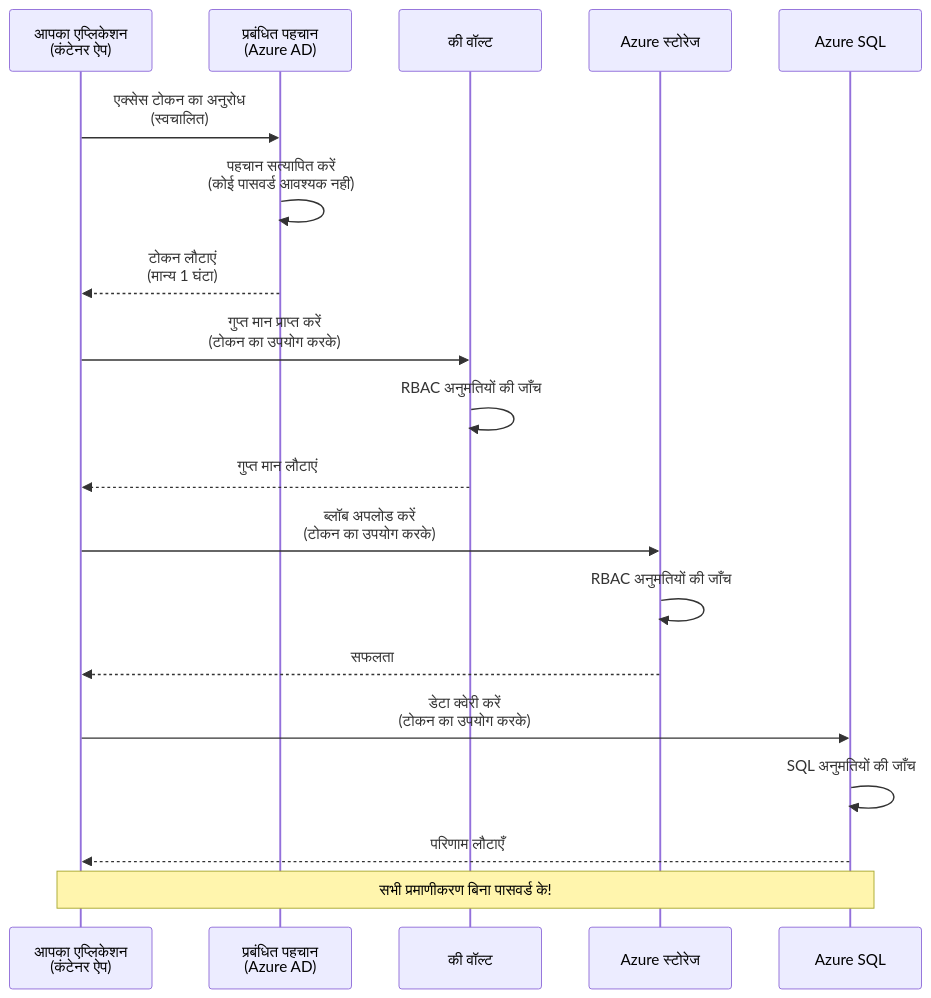
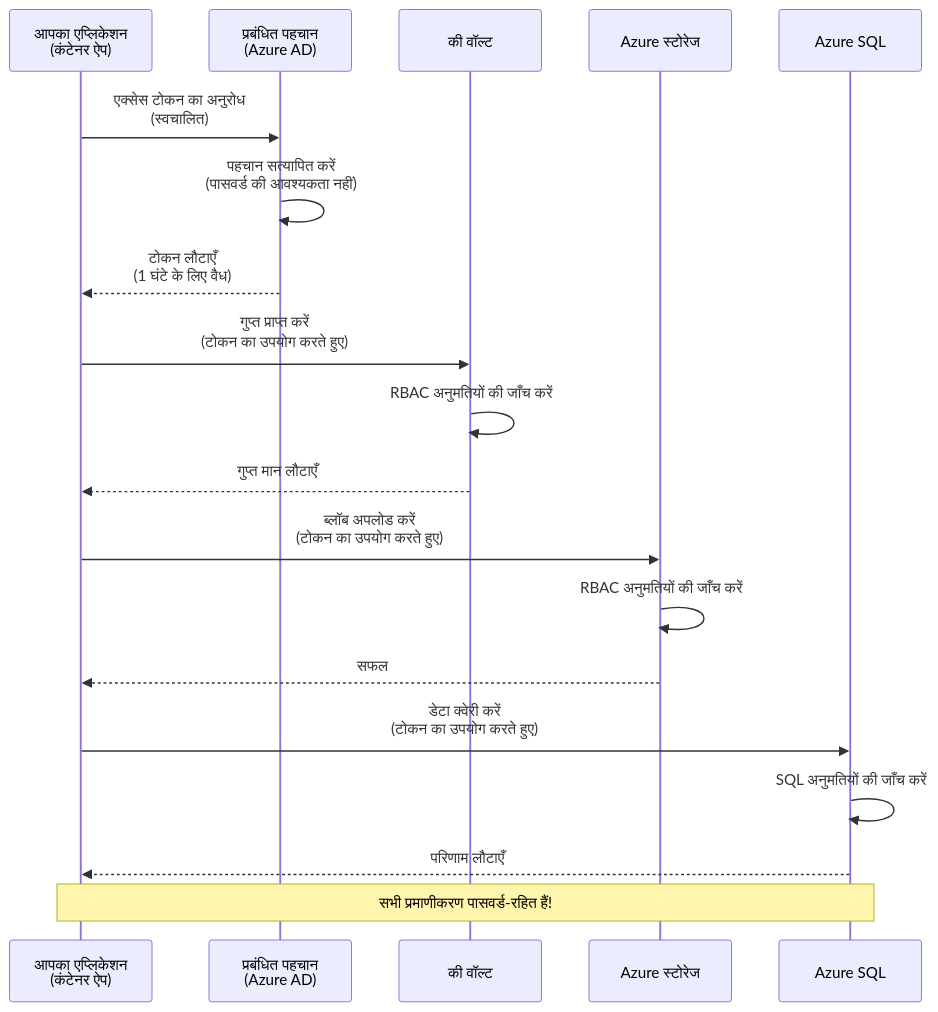
The first of 2 diagrams in translations/hi/docs/chapter-03-configuration/authsecurity.md (microsoft/AZD-for-beginners), drawn with Mermaid before and after one commit. The commit also changed other lines of this file and 101 other files, not shown here.

````diff
--- a/translations/hi/docs/chapter-03-configuration/authsecurity.md
+++ b/translations/hi/docs/chapter-03-configuration/authsecurity.md
@@ -69,26 +69,26 @@
 ```mermaid
 sequenceDiagram
     participant App as आपका एप्लिकेशन<br/>(कंटेनर ऐप)
     participant MI as प्रबंधित पहचान<br/>(Azure AD)
     participant KV as की वॉल्ट
     participant Storage as Azure स्टोरेज
     participant DB as Azure SQL
     
     App->>MI: एक्सेस टोकन का अनुरोध<br/>(स्वचालित)
-    MI->>MI: पहचान सत्यापित करें<br/>(कोई पासवर्ड आवश्यक नहीं)
-    MI-->>App: टोकन लौटाएं<br/>(मान्य 1 घंटा)
+    MI->>MI: पहचान सत्यापित करें<br/>(पासवर्ड की आवश्यकता नहीं)
+    MI-->>App: टोकन लौटाएँ<br/>(1 घंटे के लिए वैध)
     
-    App->>KV: गुप्त मान प्राप्त करें<br/>(टोकन का उपयोग करके)
-    KV->>KV: RBAC अनुमतियों की जाँच
-    KV-->>App: गुप्त मान लौटाएं
+    App->>KV: गुप्त प्राप्त करें<br/>(टोकन का उपयोग करते हुए)
+    KV->>KV: RBAC अनुमतियों की जाँच करें
+    KV-->>App: गुप्त मान लौटाएँ
     
-    App->>Storage: ब्लॉब अपलोड करें<br/>(टोकन का उपयोग करके)
-    Storage->>Storage: RBAC अनुमतियों की जाँच
-    Storage-->>App: सफलता
+    App->>Storage: ब्लॉब अपलोड करें<br/>(टोकन का उपयोग करते हुए)
+    Storage->>Storage: RBAC अनुमतियों की जाँच करें
+    Storage-->>App: सफल
     
-    App->>DB: डेटा क्वेरी करें<br/>(टोकन का उपयोग करके)
-    DB->>DB: SQL अनुमतियों की जाँच
+    App->>DB: डेटा क्वेरी करें<br/>(टोकन का उपयोग करते हुए)
+    DB->>DB: SQL अनुमतियों की जाँच करें
     DB-->>App: परिणाम लौटाएँ
     
-    Note over App,DB: सभी प्रमाणीकरण बिना पासवर्ड के!
+    Note over App,DB: सभी प्रमाणीकरण पासवर्ड-रहित हैं!
 ```
````
